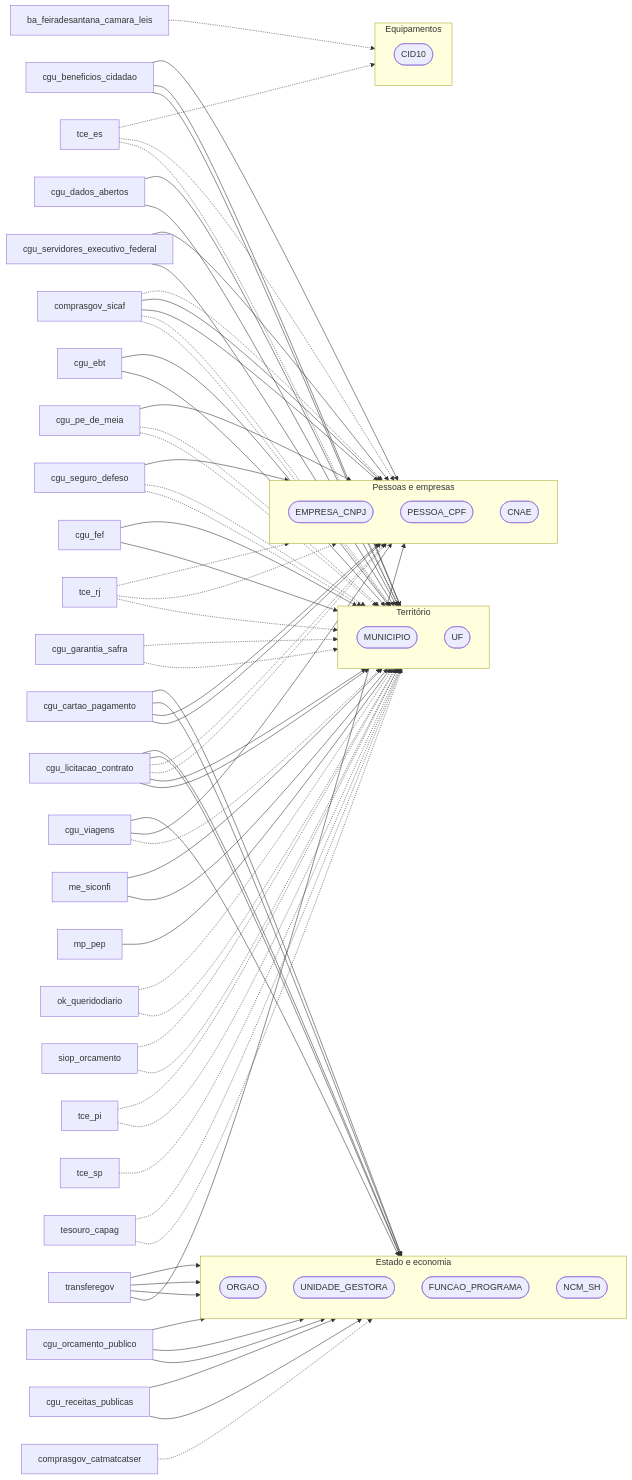
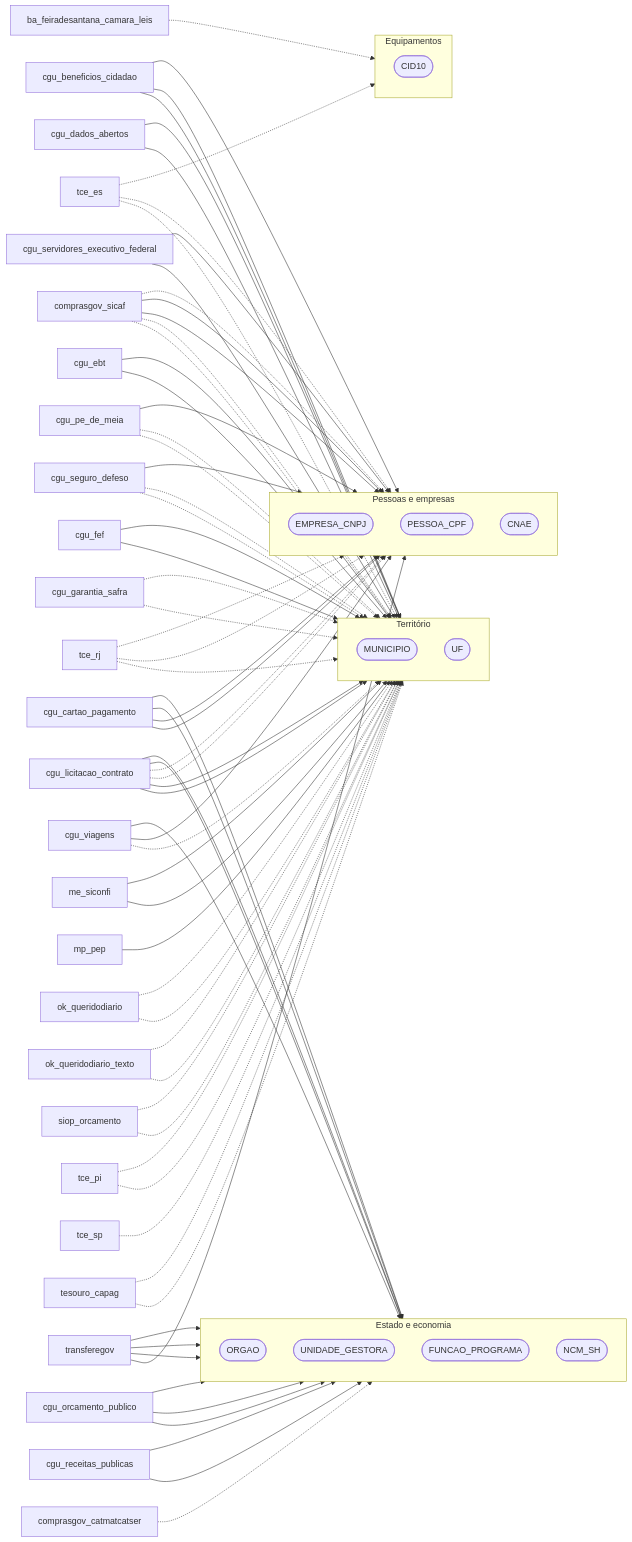
One commit to rafapolo/rodado changed the sixth of 12 diagrams in docs/Flow.md. Above: the diagram before and after it, drawn with Mermaid. The commit also changed other lines of this file and 17 other files, not shown here.

```diff
--- a/docs/Flow.md
+++ b/docs/Flow.md
@@ -541,6 +553,7 @@
     governo_br_me_siconfi["me_siconfi"]
     governo_br_mp_pep["mp_pep"]
     governo_br_ok_queridodiario["ok_queridodiario"]
+    governo_br_ok_queridodiario_texto["ok_queridodiario_texto"]
     governo_br_siop_orcamento["siop_orcamento"]
     governo_br_tce_es["tce_es"]
     governo_br_tce_pi["tce_pi"]
@@ -619,6 +632,8 @@
     governo_br_mp_pep --> governo_UF
     governo_br_ok_queridodiario -.-> governo_MUNICIPIO
     governo_br_ok_queridodiario -.-> governo_UF
+    governo_br_ok_queridodiario_texto -.-> governo_MUNICIPIO
+    governo_br_ok_queridodiario_texto -.-> governo_UF
     governo_br_siop_orcamento -.-> governo_MUNICIPIO
     governo_br_siop_orcamento -.-> governo_UF
     governo_br_tce_es -.-> governo_CID10
```
